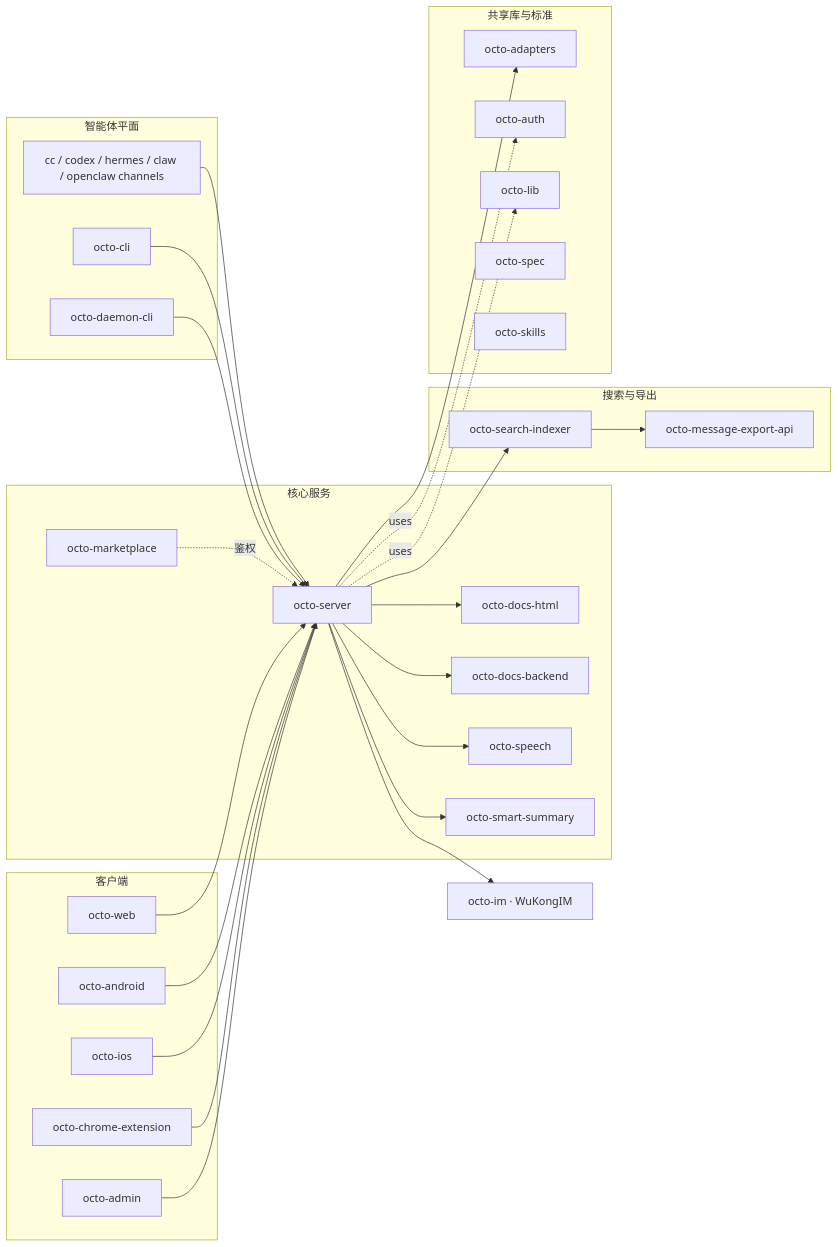
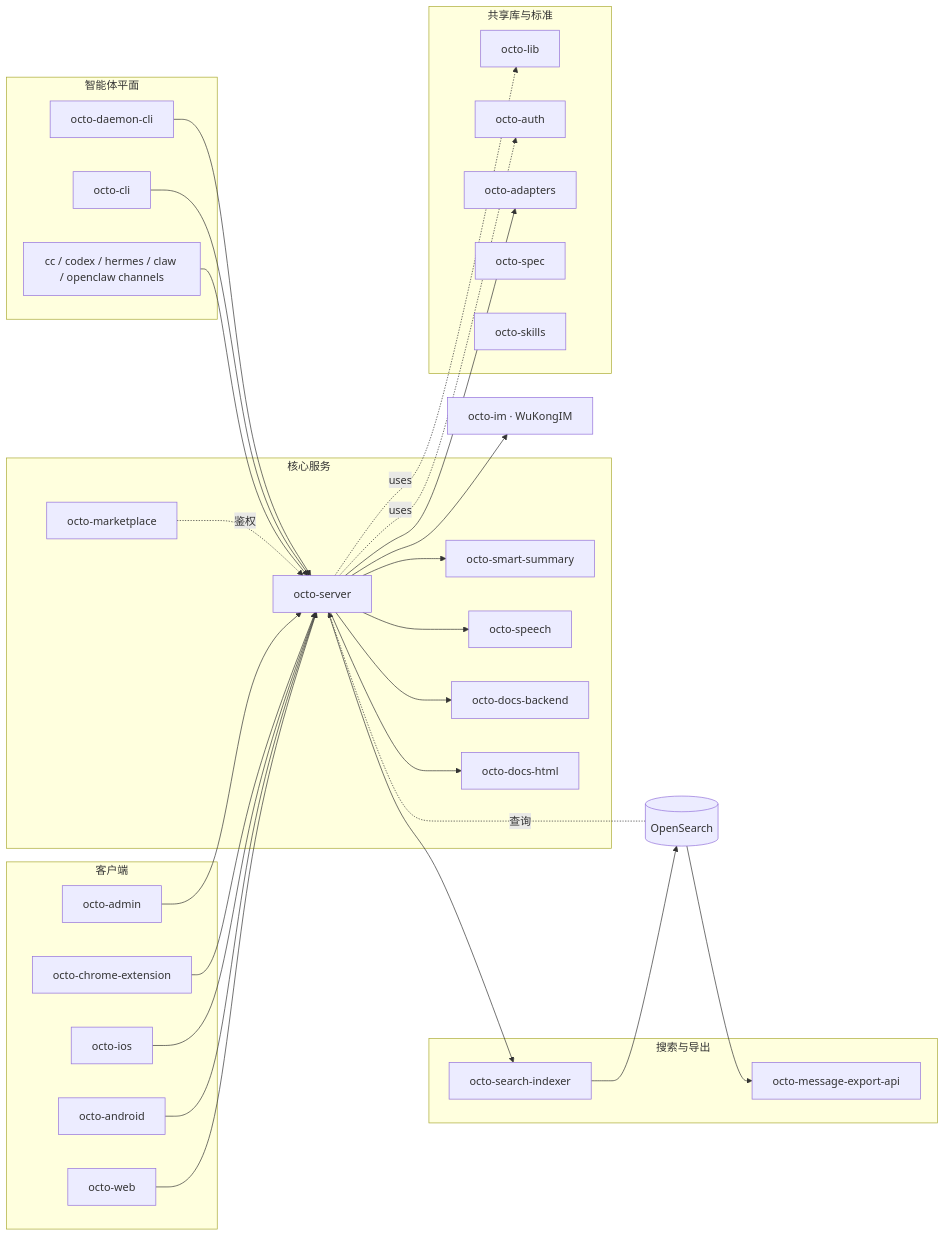
One commit to Mininglamp-OSS/octo-docs changed the diagram in zh/ecosystem/repository-guide.mdx. Above: the diagram before and after it, drawn with Mermaid. The commit also changed 3 other files, not shown here.

````diff
--- a/zh/ecosystem/repository-guide.mdx
+++ b/zh/ecosystem/repository-guide.mdx
@@ -12,55 +12,58 @@
 ```mermaid
 graph LR
   subgraph clients["客户端"]
     web[octo-web]
     android[octo-android]
     ios[octo-ios]
     ext[octo-chrome-extension]
     adm[octo-admin]
   end
   subgraph coregrp["核心服务"]
     server[octo-server]
     summary[octo-smart-summary]
     speech[octo-speech]
     market[octo-marketplace]
     dbe[octo-docs-backend]
     dhtml[octo-docs-html]
   end
   im[octo-im · WuKongIM]
+  osx[(OpenSearch)]
   subgraph searchgrp["搜索与导出"]
     idx[octo-search-indexer]
     exp[octo-message-export-api]
   end
   subgraph agentgrp["智能体平面"]
     channels[cc / codex / hermes / claw / openclaw channels]
     cli[octo-cli]
     daemon[octo-daemon-cli]
   end
   subgraph sharedgrp["共享库与标准"]
     lib[octo-lib]
     auth[octo-auth]
     adapters[octo-adapters]
     spec[octo-spec]
     skills[octo-skills]
   end
 
   web --> server
   android --> server
   ios --> server
   ext --> server
   adm --> server
   server --> im
   server --> summary
   server --> speech
   market -.鉴权.-> server
   server --> dbe
   server --> dhtml
   channels --> server
   cli --> server
   daemon --> server
   server --> idx
-  idx --> exp
+  idx --> osx
+  osx -.查询.-> server
+  osx --> exp
   server -.uses.-> lib
   server -.uses.-> auth
   server --> adapters
 ```
````
